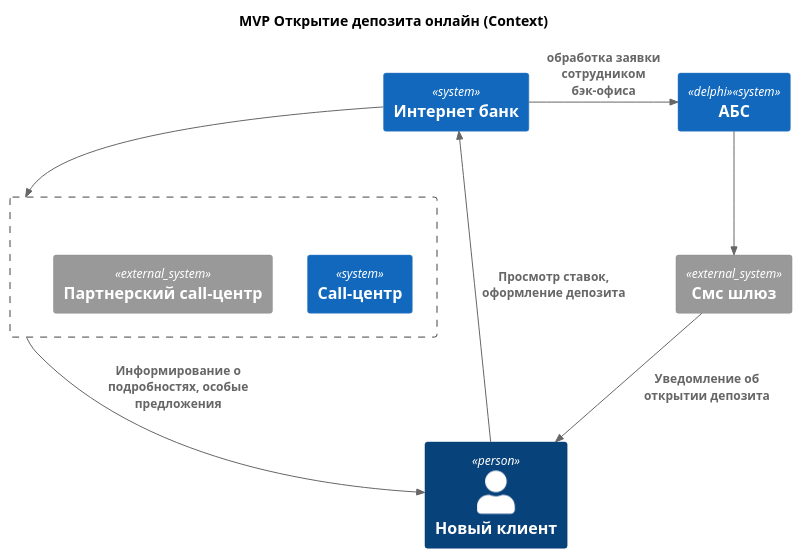
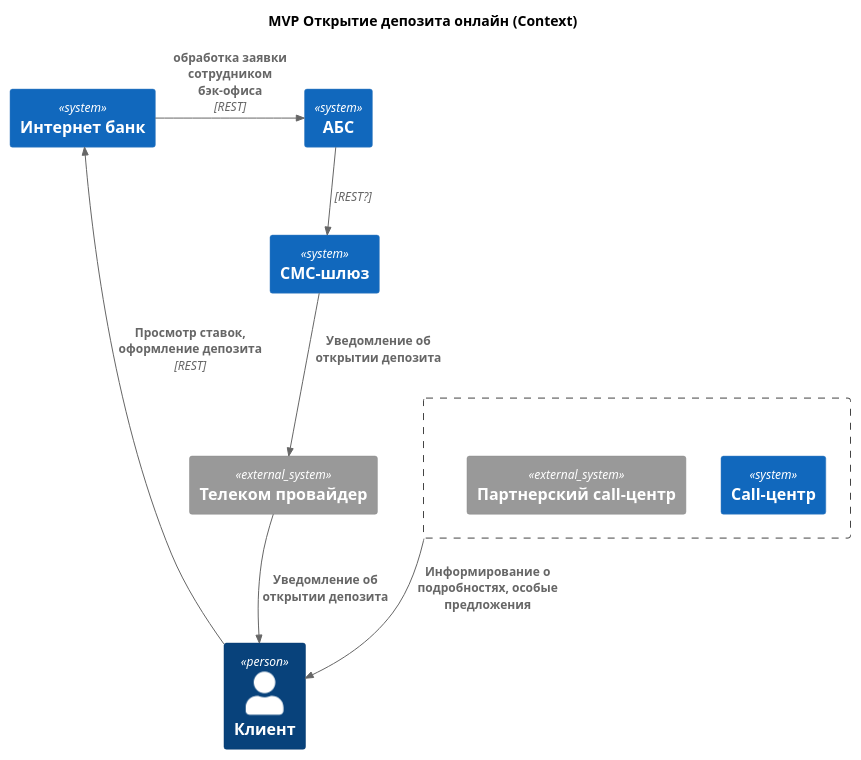
The diagram in Task3/context.puml (bugurshik/architecture-pro-standart), drawn with PlantUML before and after one commit. The commit also changed 14 other files, not shown here.

```diff
--- a/Task3/context.puml
+++ b/Task3/context.puml
@@ -1,28 +1,30 @@
 @startuml Открытие депозита - Context Diagram
 !include https://raw.githubusercontent.com/plantuml-stdlib/C4-PlantUML/master/C4_Context.puml
 
 title MVP Открытие депозита онлайн (Context)
-Person(customer, "Новый клиент", "")
+
+Person(customer, "Клиент", "")
 
 Boundary(b, "", ""){
     System(call_office, "Сall-центр")
     System_Ext(ext_call_office, "Партнерский call-центр")
 }
 
-System(abc, "АБС", "", "", "delphi")
-
+System(abc, "АБС", "", "", "")
 System(internet_bank, "Интернет банк", "", "", "")
 
-System_Ext(sms_gateway, "Смс шлюз")
+System(sms_gateway, "СМС-шлюз")
+System_Ext(sms_provider, "Телеком провайдер")
 
-Rel(customer, internet_bank, "Просмотр ставок, оформление депозита")
-Rel(abc, sms_gateway, "")
-Rel(sms_gateway, customer, "Уведомление об открытии депозита")
+Rel(customer, internet_bank, "Просмотр ставок, оформление депозита", "REST")
+
+' В задании смс-шлюз и телеком-провайдер уже существуют, но там не указаны технические подробности 
+Rel(abc, sms_gateway, "","REST?")
+Rel(sms_gateway, sms_provider, "Уведомление об открытии депозита", )
+Rel(sms_provider, customer, "Уведомление об открытии депозита")
 
 Rel(b, customer, "Информирование о подробностях, особые предложения")
 
-Rel(internet_bank, b, "")
-
-Rel_R(internet_bank, abc, "обработка заявки сотрудником бэк-офиса")
+Rel_R(internet_bank, abc, "обработка заявки сотрудником бэк-офиса", "REST")
 
 @enduml
```
